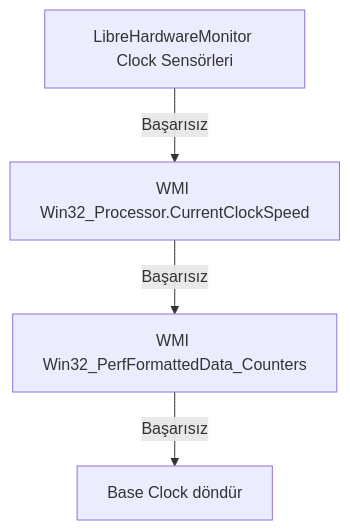
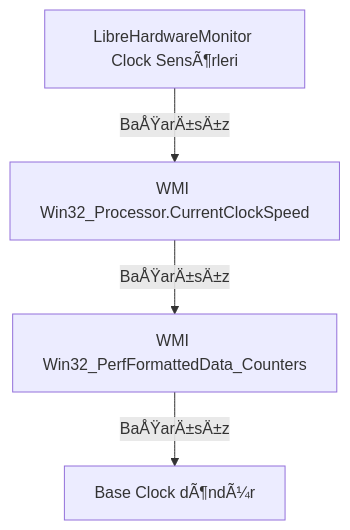
The second of 7 diagrams in Docs/ARCHITECTURE_DEEP_DIVE.md (siklone/RegProbe), drawn with Mermaid before and after one commit. The commit also changed other lines of this file and 66 other files, not shown here.

````diff
--- a/Docs/ARCHITECTURE_DEEP_DIVE.md
+++ b/Docs/ARCHITECTURE_DEEP_DIVE.md
@@ -76,6 +76,6 @@
 ```mermaid
 graph TD
-    A[LibreHardwareMonitor Clock Sensörleri] -->|Başarısız| B[WMI Win32_Processor.CurrentClockSpeed]
-    B -->|Başarısız| C[WMI Win32_PerfFormattedData_Counters]
-    C -->|Başarısız| D[Base Clock döndür]
+    A[LibreHardwareMonitor Clock SensÃ¶rleri] -->|BaÅŸarÄ±sÄ±z| B[WMI Win32_Processor.CurrentClockSpeed]
+    B -->|BaÅŸarÄ±sÄ±z| C[WMI Win32_PerfFormattedData_Counters]
+    C -->|BaÅŸarÄ±sÄ±z| D[Base Clock dÃ¶ndÃ¼r]
 ```
````
